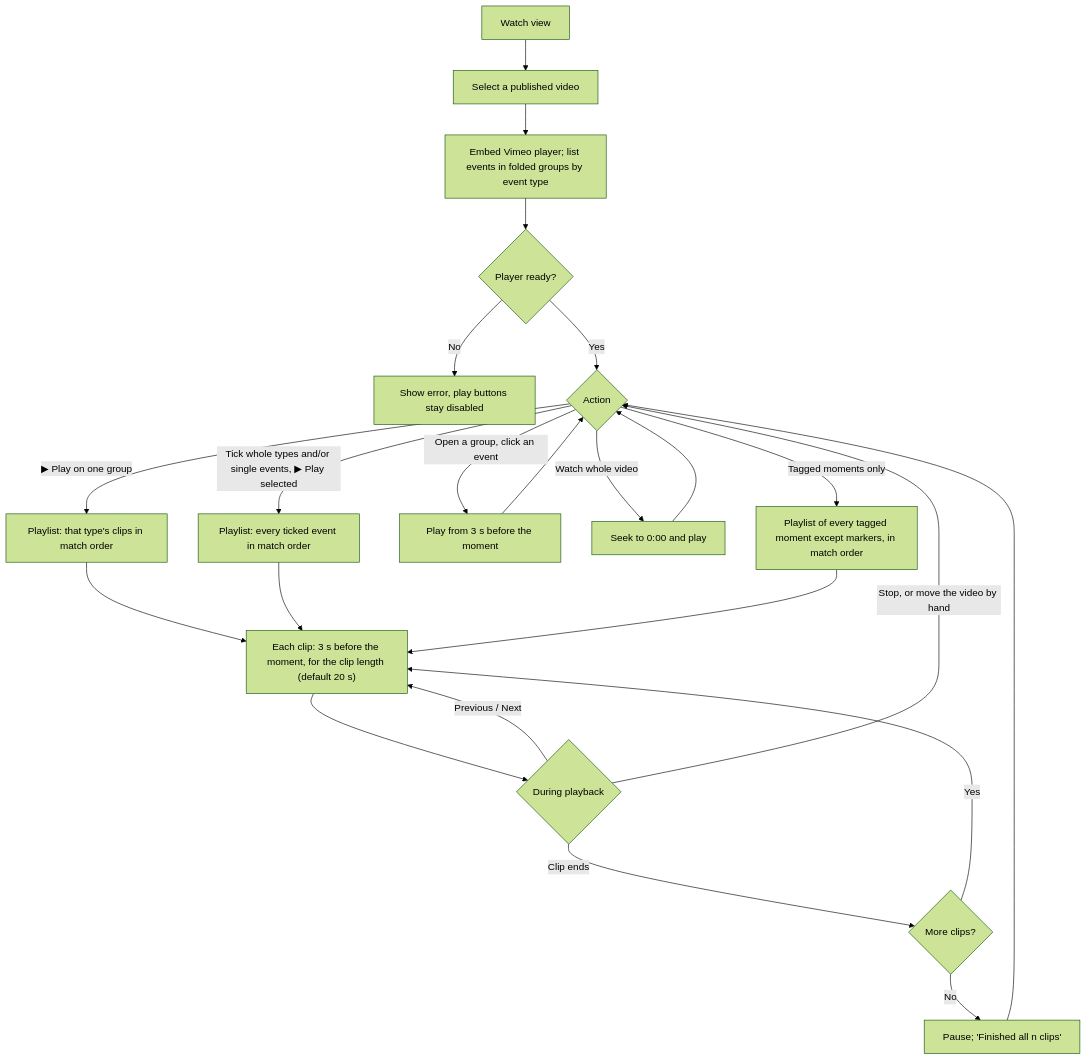
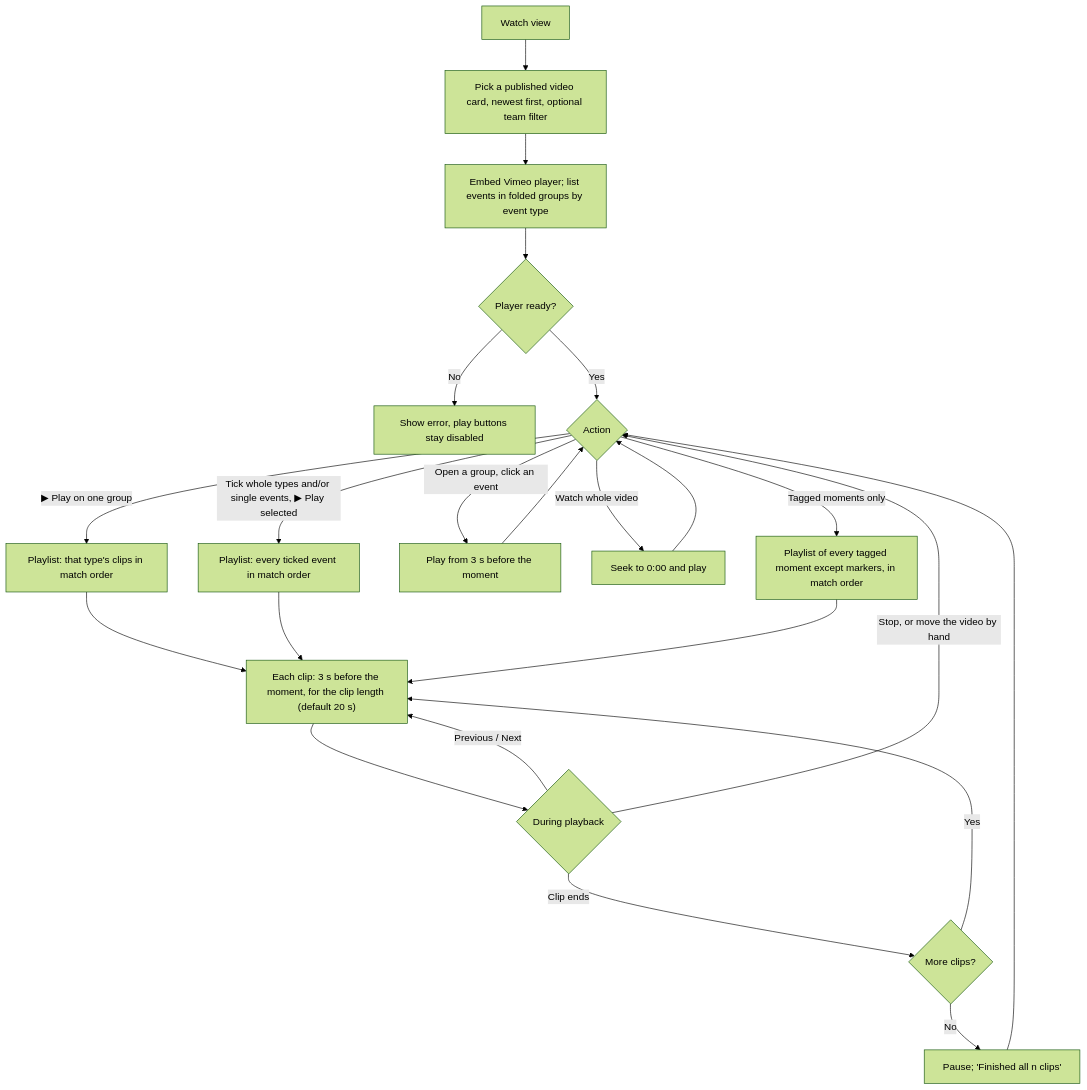
Before and after one commit to LeandroBerretta/touchline-video-tagging: the tenth of 14 diagrams in docs/USE_CASE_FLOWS.md, drawn with Mermaid (forest theme). The commit also changed other lines of this file and 4 other files, not shown here.

First line of the commit message:
Simplify Watch and add the match timeline there

````diff
--- a/docs/USE_CASE_FLOWS.md
+++ b/docs/USE_CASE_FLOWS.md
@@ -255,20 +255,20 @@
 ```mermaid
 flowchart TD
-  A[Watch view] --> B[Select a published video]
+  A[Watch view] --> B[Pick a published video card, newest first, optional team filter]
   B --> C[Embed Vimeo player; list events in folded groups by event type]
   C --> D{Player ready?}
   D -- No --> D1[Show error, play buttons stay disabled]
   D -- Yes --> E{Action}
   E -- "▶ Play on one group" --> P[Playlist: that type's clips in match order]
   E -- "Tick whole types and/or single events, ▶ Play selected" --> P2[Playlist: every ticked event in match order]
   P & P2 --> Q["Each clip: 3 s before the moment, for the clip length (default 20 s)"]
   Q --> R{During playback}
   R -- Clip ends --> S{More clips?}
   S -- Yes --> Q
   S -- No --> T[Pause; 'Finished all n clips'] --> E
   R -- "Previous / Next" --> Q
   R -- "Stop, or move the video by hand" --> E
   E -- Open a group, click an event --> H[Play from 3 s before the moment] --> E
   E -- Watch whole video --> G[Seek to 0:00 and play] --> E
   E -- Tagged moments only --> TM[Playlist of every tagged moment except markers, in match order] --> Q
 ```
````
